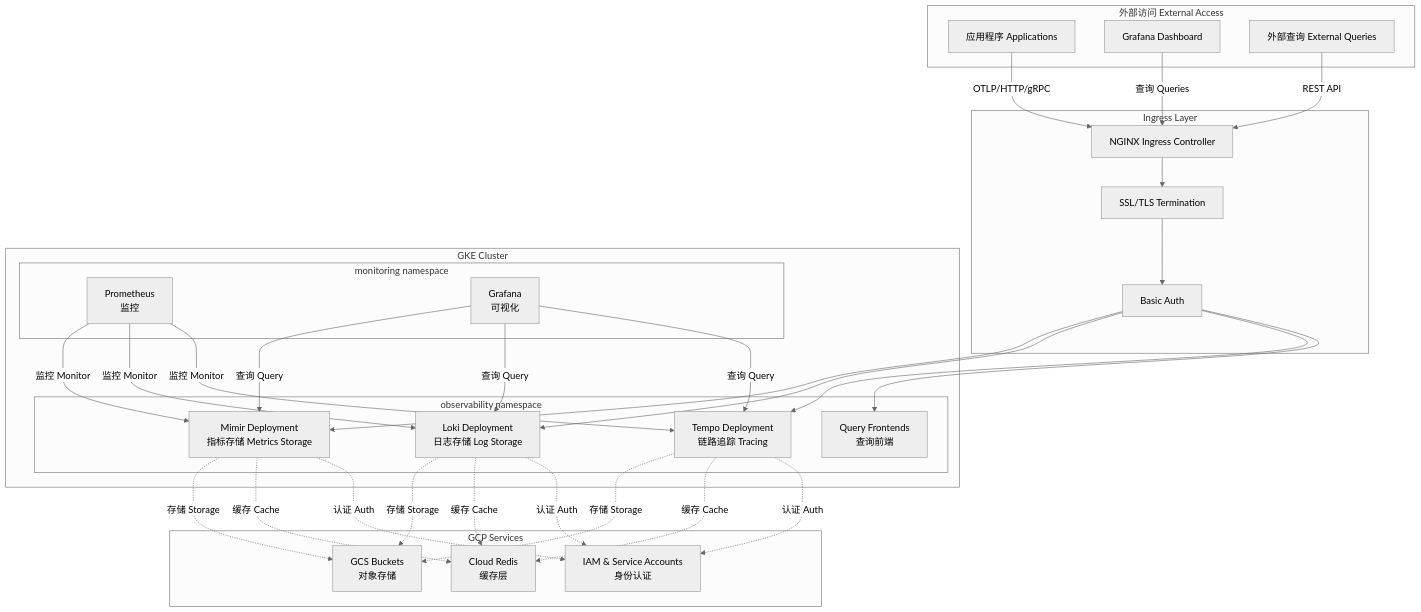
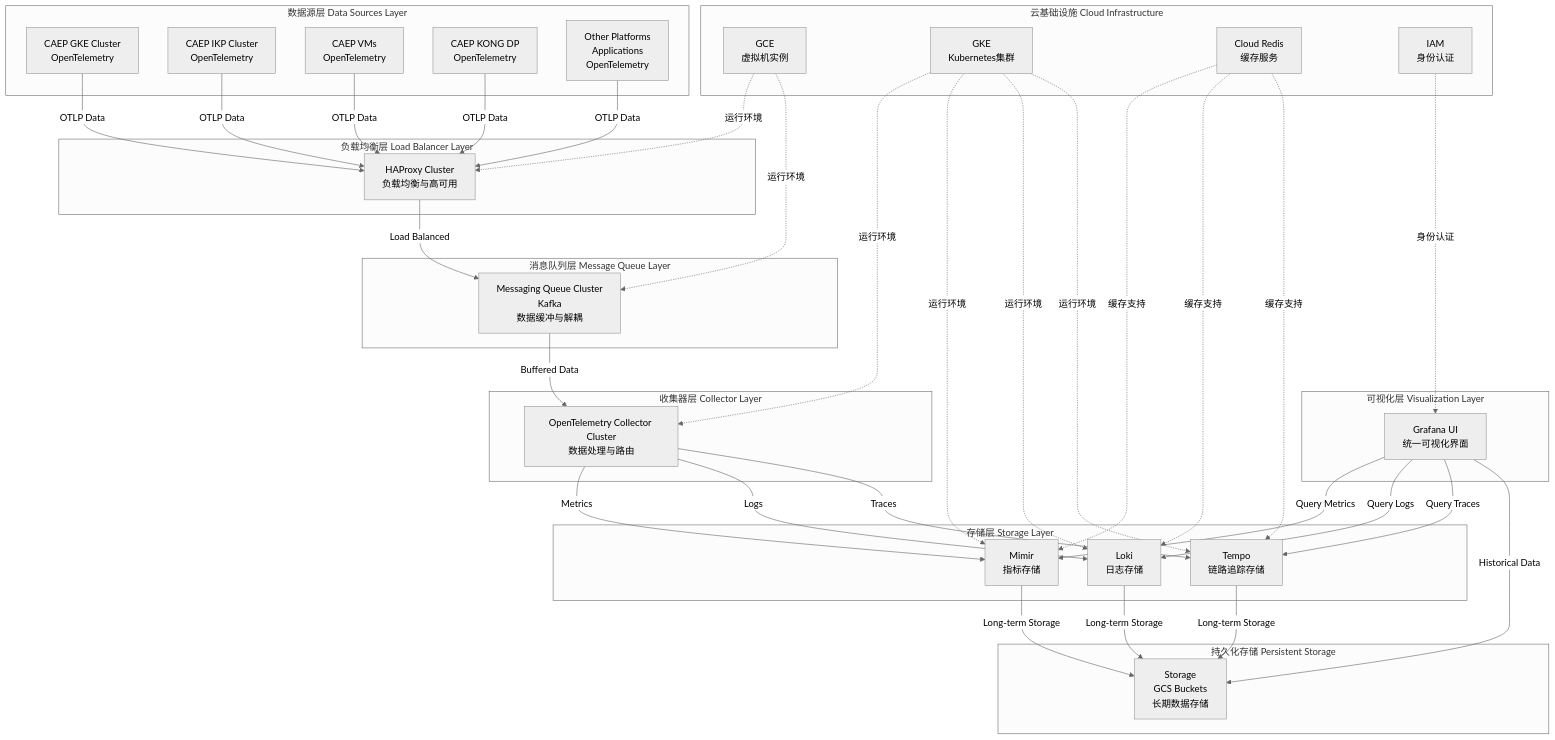
The first of 3 diagrams in OpenTelemetry/Observability_Production/README.md (zking2000/share), drawn with Mermaid (neutral theme) before and after one commit. The commit also changed other lines of this file, not shown here.

First line of the commit message:
Update architecture diagrams based on user's enterprise architecture

````diff
--- a/OpenTelemetry/Observability_Production/README.md
+++ b/OpenTelemetry/Observability_Production/README.md
@@ -58,65 +58,78 @@
 ```mermaid
 graph TB
-    subgraph External["外部访问 External Access"]
-        A[应用程序 Applications]
-        B[Grafana Dashboard]
-        C[外部查询 External Queries]
+    subgraph DataSources["数据源层 Data Sources Layer"]
+        A1[CAEP GKE Cluster<br/>OpenTelemetry]
+        A2[CAEP IKP Cluster<br/>OpenTelemetry]
+        A3[CAEP VMs<br/>OpenTelemetry]
+        A4[CAEP KONG DP<br/>OpenTelemetry]
+        A5[Other Platforms<br/>Applications<br/>OpenTelemetry]
     end
 
-    subgraph Ingress["Ingress Layer"]
-        D[NGINX Ingress Controller]
-        E[SSL/TLS Termination]
-        F[Basic Auth]
+    subgraph LoadBalancer["负载均衡层 Load Balancer Layer"]
+        B[HAProxy Cluster<br/>负载均衡与高可用]
     end
 
-    subgraph GKE["GKE Cluster"]
-        subgraph ObsNS["observability namespace"]
-            G[Mimir Deployment<br/>指标存储 Metrics Storage]
-            H[Loki Deployment<br/>日志存储 Log Storage] 
-            I[Tempo Deployment<br/>链路追踪 Tracing]
-            J[Query Frontends<br/>查询前端]
-        end
-        
-        subgraph MonNS["monitoring namespace"]
-            K[Prometheus<br/>监控]
-            L[Grafana<br/>可视化]
-        end
+    subgraph MessageQueue["消息队列层 Message Queue Layer"]
+        C[Messaging Queue Cluster<br/>Kafka<br/>数据缓冲与解耦]
     end
 
-    subgraph GCP["GCP Services"]
-        M[GCS Buckets<br/>对象存储]
-        N[Cloud Redis<br/>缓存层]
-        O[IAM & Service Accounts<br/>身份认证]
+    subgraph CollectorLayer["收集器层 Collector Layer"]
+        D[OpenTelemetry Collector Cluster<br/>数据处理与路由]
     end
 
-    A -->|OTLP/HTTP/gRPC| D
-    B -->|查询 Queries| D
-    C -->|REST API| D
+    subgraph StorageLayer["存储层 Storage Layer"]
+        E1[Mimir<br/>指标存储]
+        E2[Loki<br/>日志存储]
+        E3[Tempo<br/>链路追踪存储]
+    end
+
+    subgraph PersistentStorage["持久化存储 Persistent Storage"]
+        F[Storage<br/>GCS Buckets<br/>长期数据存储]
+    end
+
+    subgraph Visualization["可视化层 Visualization Layer"]
+        G[Grafana UI<br/>统一可视化界面]
+    end
+
+    subgraph CloudInfra["云基础设施 Cloud Infrastructure"]
+        H1[GCE<br/>虚拟机实例]
+        H2[GKE<br/>Kubernetes集群]
+        H3[Cloud Redis<br/>缓存服务]
+        H4[IAM<br/>身份认证]
+    end
+
+    %% 数据流向
+    A1 -->|OTLP Data| B
+    A2 -->|OTLP Data| B
+    A3 -->|OTLP Data| B
+    A4 -->|OTLP Data| B
+    A5 -->|OTLP Data| B
+
+    B -->|Load Balanced| C
+    C -->|Buffered Data| D
     
-    D --> E
-    E --> F
-    F --> G
-    F --> H  
-    F --> I
-    F --> J
+    D -->|Metrics| E1
+    D -->|Logs| E2
+    D -->|Traces| E3
 
-    G -.->|存储 Storage| M
-    H -.->|存储 Storage| M
-    I -.->|存储 Storage| M
-    
-    G -.->|缓存 Cache| N
-    H -.->|缓存 Cache| N
-    I -.->|缓存 Cache| N
-    
-    G -.->|认证 Auth| O
-    H -.->|认证 Auth| O
-    I -.->|认证 Auth| O
+    E1 -->|Long-term Storage| F
+    E2 -->|Long-term Storage| F
+    E3 -->|Long-term Storage| F
 
-    K -->|监控 Monitor| G
-    K -->|监控 Monitor| H
-    K -->|监控 Monitor| I
-    
-    L -->|查询 Query| G
-    L -->|查询 Query| H
-    L -->|查询 Query| I
+    G -->|Query Metrics| E1
+    G -->|Query Logs| E2
+    G -->|Query Traces| E3
+    G -->|Historical Data| F
+
+    %% 云基础设施支持
+    H2 -.->|运行环境| D
+    H2 -.->|运行环境| E1
+    H2 -.->|运行环境| E2
+    H2 -.->|运行环境| E3
+    H1 -.->|运行环境| B
+    H1 -.->|运行环境| C
+    H3 -.->|缓存支持| E1
+    H3 -.->|缓存支持| E2
+    H3 -.->|缓存支持| E3
+    H4 -.->|身份认证| G
 ```
````
